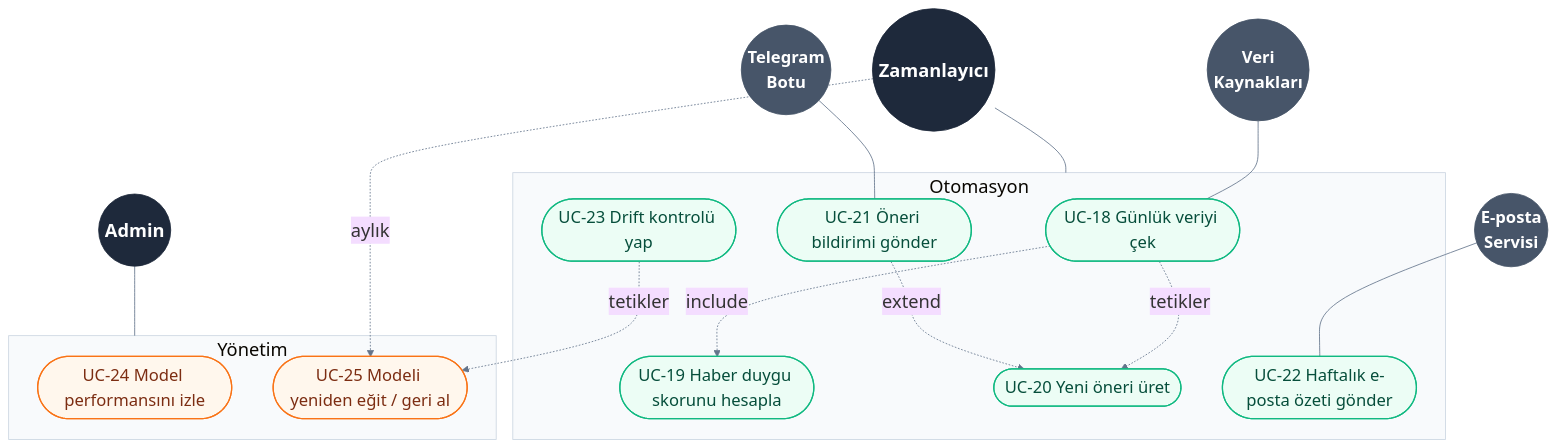
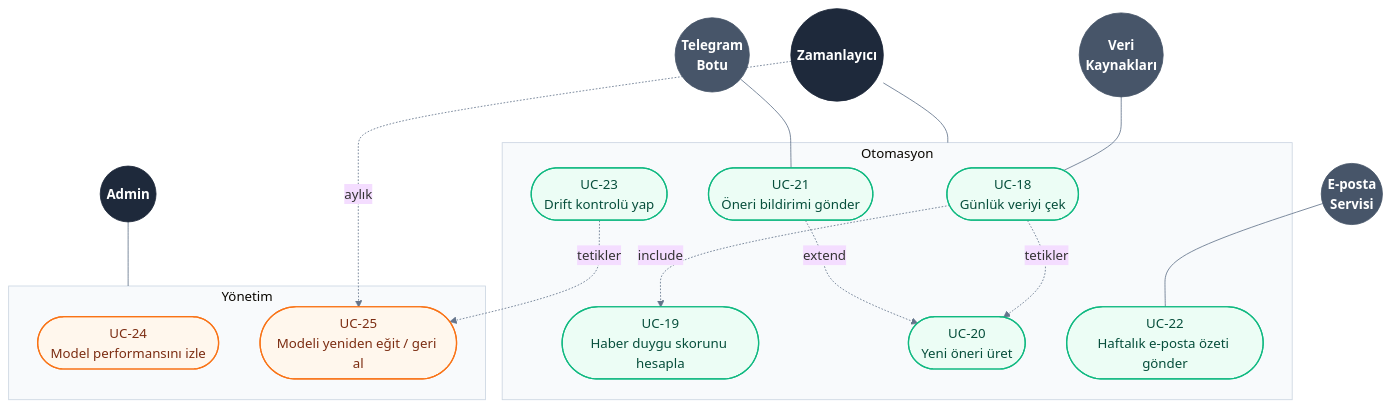
One commit to isambais/portfoyai changed the second of 2 diagrams in docs/diagrams/use_case.md. Above: the diagram before and after it, drawn with Mermaid. The commit also changed other lines of this file, not shown here.

Commit message:
docs: make use case diagram compact

````diff
--- a/docs/diagrams/use_case.md
+++ b/docs/diagrams/use_case.md
@@ -77,52 +80,52 @@
 ```mermaid
-%%{init: {'theme':'base', 'themeVariables': {'fontSize':'22px', 'fontFamily':'Arial', 'lineColor':'#64748B', 'clusterBkg':'#F8FAFC', 'clusterBorder':'#CBD5E1'}}}%%
+%%{init: {'theme':'base', 'themeVariables': {'fontFamily':'Arial', 'lineColor':'#64748B', 'clusterBkg':'#F8FAFC', 'clusterBorder':'#CBD5E1'}}}%%
 flowchart TB
     %% ================= BİRİNCİL AKTÖRLER (üstte) =================
     Z((Zamanlayıcı))
     A((Admin))
 
     %% ================= GRUPLAR =================
     subgraph G5[" Otomasyon "]
-        UC18([UC-18 Günlük veriyi çek])
-        UC19([UC-19 Haber duygu skorunu hesapla])
-        UC20([UC-20 Yeni öneri üret])
-        UC21([UC-21 Öneri bildirimi gönder])
-        UC22([UC-22 Haftalık e-posta özeti gönder])
-        UC23([UC-23 Drift kontrolü yap])
+        UC18([UC-18<br/>Günlük veriyi çek])
+        UC19([UC-19<br/>Haber duygu skorunu hesapla])
+        UC20([UC-20<br/>Yeni öneri üret])
+        UC21([UC-21<br/>Öneri bildirimi gönder])
+        UC22([UC-22<br/>Haftalık e-posta özeti gönder])
+        UC23([UC-23<br/>Drift kontrolü yap])
     end
 
     subgraph G6[" Yönetim "]
-        UC24([UC-24 Model performansını izle])
-        UC25([UC-25 Modeli yeniden eğit / geri al])
+        UC24([UC-24<br/>Model performansını izle])
+        UC25([UC-25<br/>Modeli yeniden eğit / geri al])
     end
 
     %% ================= İKİNCİL AKTÖRLER: dış sistemler (üst sırada) =================
     V((Veri<br/>Kaynakları))
     T((Telegram<br/>Botu))
     E((E-posta<br/>Servisi))
 
     %% ================= BAĞLANTILAR =================
     Z --- G5
     A --- G6
     Z -. aylık .-> UC25
 
     V --- UC18
     T --- UC21
     E --- UC22
 
     UC18 -. include .-> UC19
     UC18 -. tetikler .-> UC20
     UC21 -. extend .-> UC20
     UC23 -. tetikler .-> UC25
 
     %% ================= STİL =================
-    classDef actor fill:#1E293B,stroke:#1E293B,color:#FFFFFF,font-weight:bold,font-size:22px
-    classDef ext fill:#475569,stroke:#475569,color:#FFFFFF,font-weight:bold,font-size:20px
-    classDef auto fill:#ECFDF5,stroke:#10B981,stroke-width:1.5px,color:#064E3B,font-size:20px
-    classDef admin fill:#FFF7ED,stroke:#F97316,stroke-width:1.5px,color:#7C2D12,font-size:20px
+    classDef actor fill:#1E293B,stroke:#1E293B,color:#FFFFFF,font-weight:bold
+    classDef ext fill:#475569,stroke:#475569,color:#FFFFFF,font-weight:bold
+    classDef auto fill:#ECFDF5,stroke:#10B981,stroke-width:1.5px,color:#064E3B
+    classDef admin fill:#FFF7ED,stroke:#F97316,stroke-width:1.5px,color:#7C2D12
 
     class Z,A actor
     class V,T,E ext
     class UC18,UC19,UC20,UC21,UC22,UC23 auto
     class UC24,UC25 admin
 ```
````
